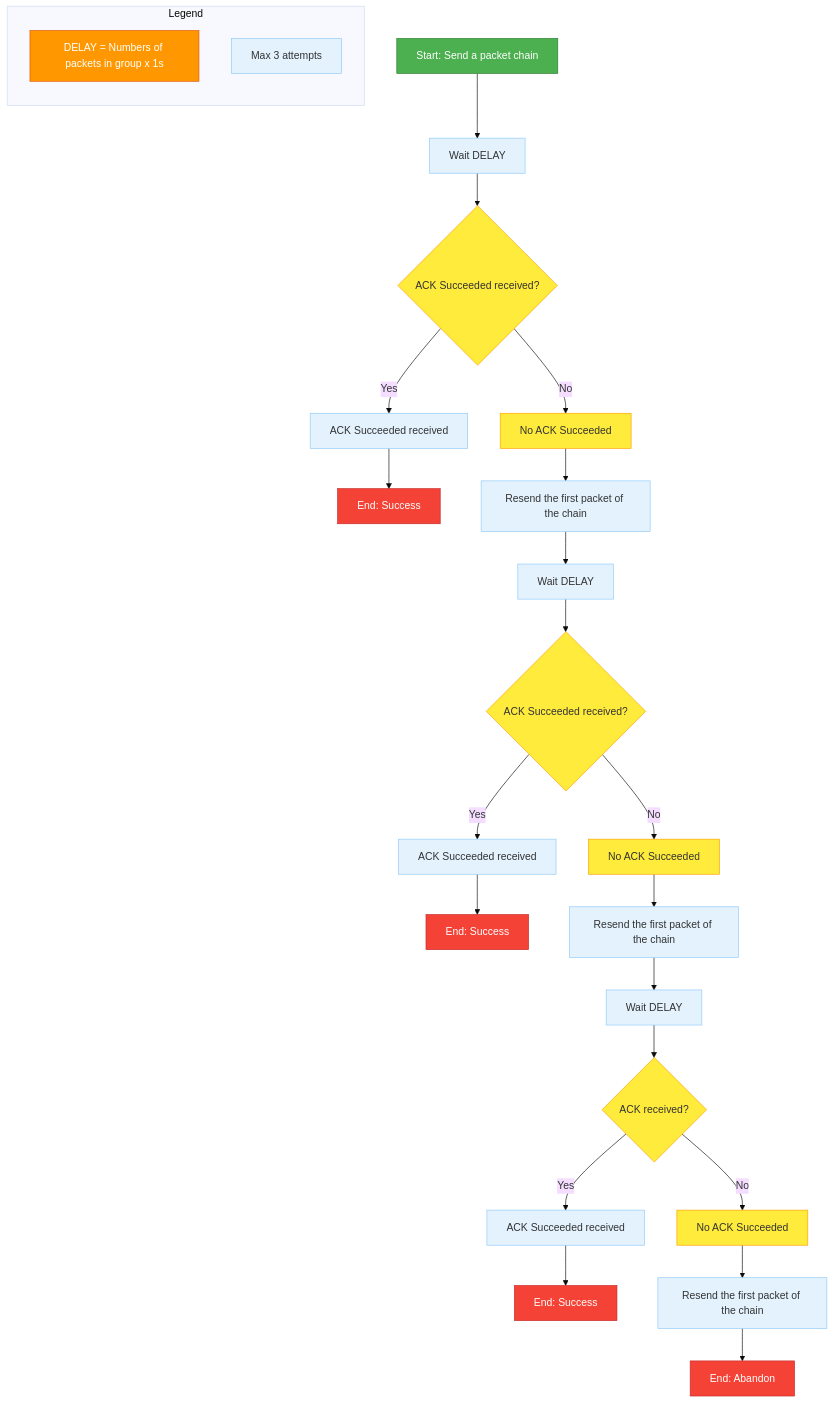
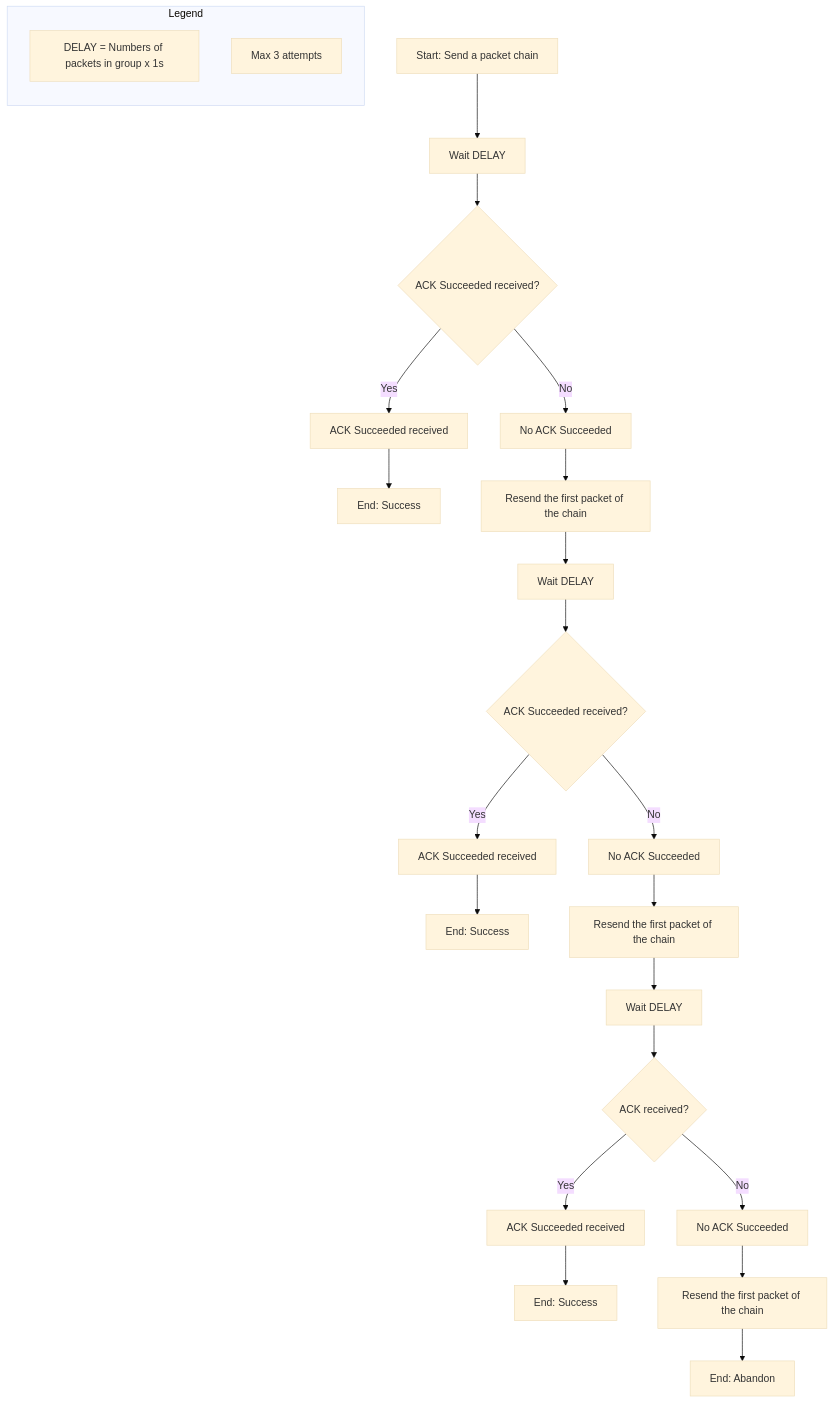
The first of 3 diagrams in mechanisms/ACKNOWLEDGEMENT.md (4surix/honeybee), drawn with Mermaid (base theme) before and after one commit. The commit also changed other lines of this file and 6 other files, not shown here.

````diff
--- a/mechanisms/ACKNOWLEDGEMENT.md
+++ b/mechanisms/ACKNOWLEDGEMENT.md
@@ -16,59 +16,53 @@
 ```mermaid
 %% Diagram of ELODRI Logic (Ensure Least One Device Received It)
 flowchart TD
-    %% Styles
-    classDef start fill:#4CAF50,color:#fff,stroke:#2E7D32;
-    classDef process fill:#E3F2FD,stroke:#90CAF9;
-    classDef decision fill:#FFEB3B,stroke:#FFA000;
-    classDef endNode fill:#F44336,color:#fff,stroke:#C62828;
-    classDef timeout fill:#FF9800,color:#fff,stroke:#E65100;
 
     A[Start: Send a packet chain]:::start
     B[Wait DELAY]:::process
     C{ACK Succeeded received?}:::decision
 
     %% If ACK received
     D[ACK Succeeded received]:::process
     E[End: Success]:::endNode
 
     %% If no ACK received
     F[No ACK Succeeded]:::decision
     G[Resend the first packet of the chain]:::process
     H[Wait DELAY]:::process
 
     %% Second attempt
     I{ACK Succeeded received?}:::decision
     J[ACK Succeeded received]:::process
     K[End: Success]:::endNode
 
     %% If still no ACK
     L[No ACK Succeeded]:::decision
     M[Resend the first packet of the chain]:::process
     N[Wait DELAY]:::process
 
     %% Third attempt
     O{ACK received?}:::decision
     P[ACK Succeeded received]:::process
     Q[End: Success]:::endNode
 
     %% After 3 attempts
     R[No ACK Succeeded]:::decision
     S[Resend the first packet of the chain]:::process
     U[End: Abandon]:::endNode
 
     %% Connections
     A --> B --> C
     C -->|Yes| D --> E
     C -->|No| F --> G --> H --> I
     I -->|Yes| J --> K
     I -->|No| L --> M --> N --> O
     O -->|Yes| P --> Q
     O -->|No| R --> S --> U
 
     %% Legend
     subgraph Legend
         direction TB
         L1[DELAY = Numbers of packets in group x 1s]:::timeout
         L2[Max 3 attempts]:::process
     end
 ```
````
